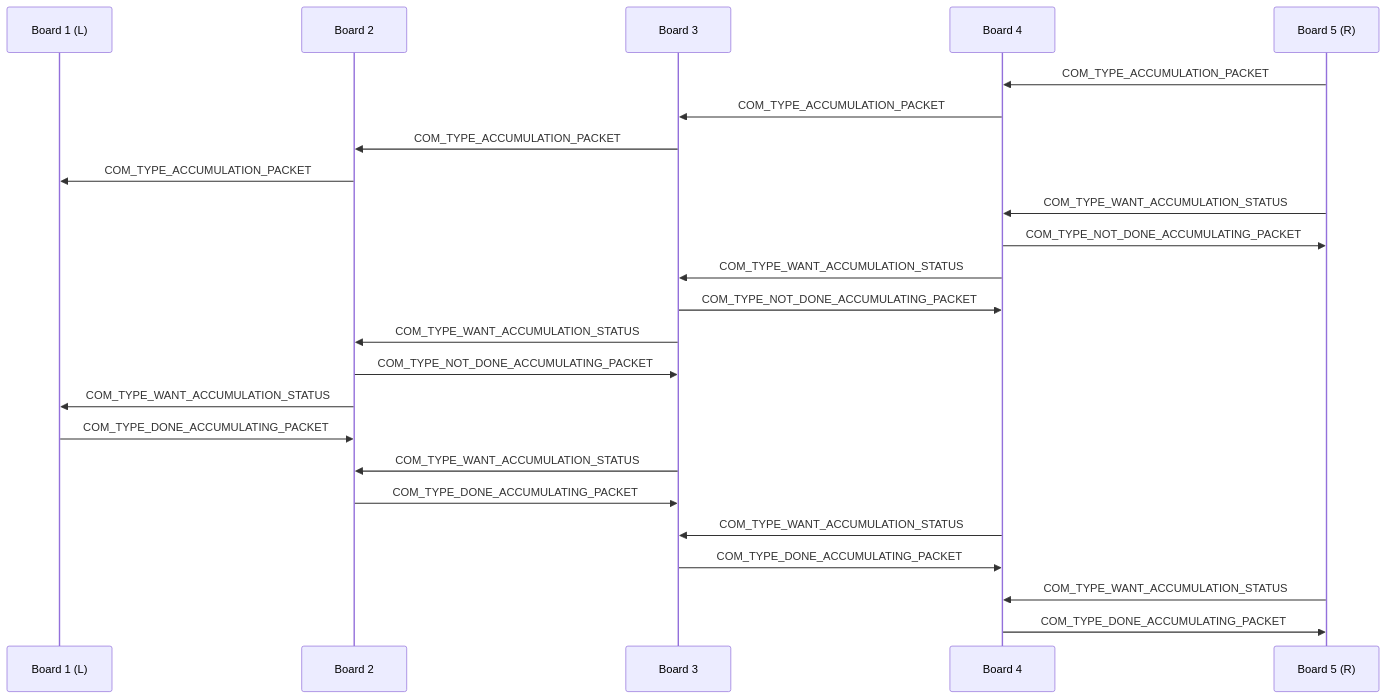
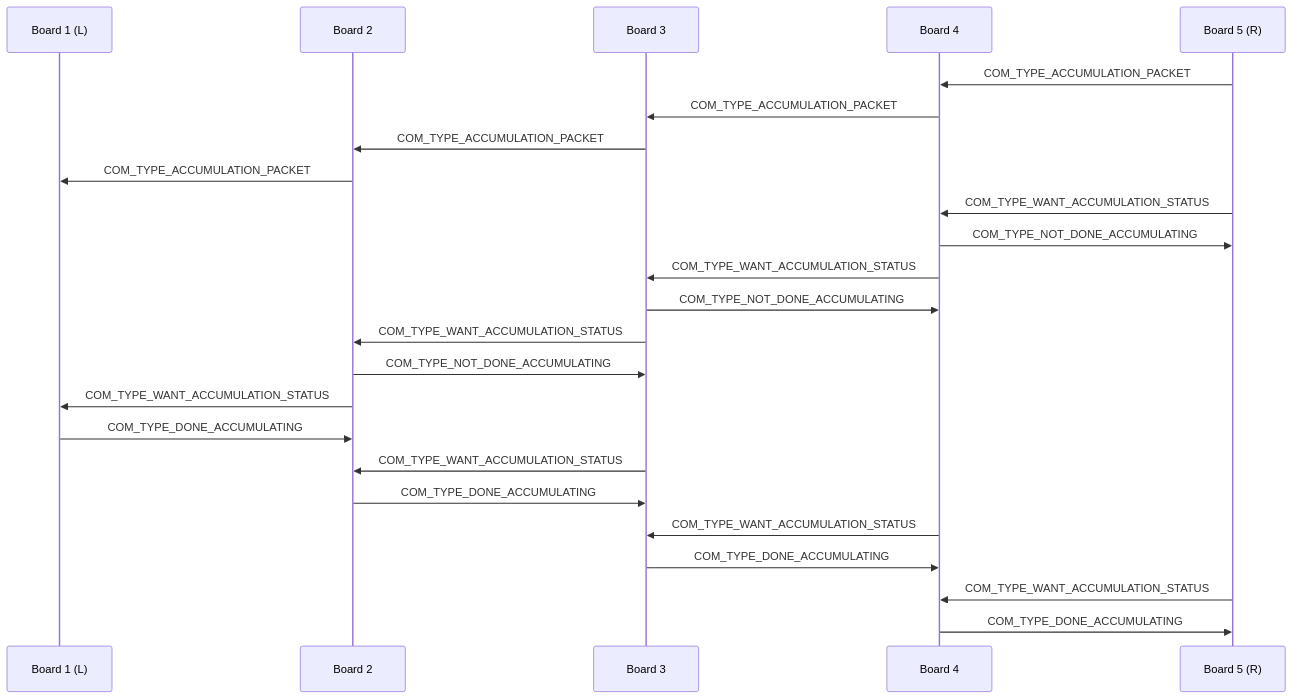
One commit to a-h/slab-firmware changed the diagram in README.md. Above: the diagram before and after it, drawn with Mermaid. The commit also changed other lines of this file and 3 other files, not shown here.

````diff
--- a/README.md
+++ b/README.md
@@ -99,34 +100,34 @@
 ```mermaid
 sequenceDiagram
     participant Board 1 (L)
     participant Board 2
     participant Board 3
     participant Board 4
     participant Board 5 (R)
 
     Board 5 (R) ->> Board 4: COM_TYPE_ACCUMULATION_PACKET
     Board 4 ->> Board 3: COM_TYPE_ACCUMULATION_PACKET
     Board 3 ->> Board 2: COM_TYPE_ACCUMULATION_PACKET
     Board 2 ->> Board 1 (L): COM_TYPE_ACCUMULATION_PACKET
 
     Board 5 (R) ->> Board 4: COM_TYPE_WANT_ACCUMULATION_STATUS
-    Board 4 ->> Board 5 (R): COM_TYPE_NOT_DONE_ACCUMULATING_PACKET
+    Board 4 ->> Board 5 (R): COM_TYPE_NOT_DONE_ACCUMULATING
 
     Board 4 ->> Board 3: COM_TYPE_WANT_ACCUMULATION_STATUS
-    Board 3 ->> Board 4: COM_TYPE_NOT_DONE_ACCUMULATING_PACKET
+    Board 3 ->> Board 4: COM_TYPE_NOT_DONE_ACCUMULATING
 
     Board 3 ->> Board 2: COM_TYPE_WANT_ACCUMULATION_STATUS
-    Board 2 ->> Board 3: COM_TYPE_NOT_DONE_ACCUMULATING_PACKET
+    Board 2 ->> Board 3: COM_TYPE_NOT_DONE_ACCUMULATING
 
     Board 2 ->> Board 1 (L): COM_TYPE_WANT_ACCUMULATION_STATUS
-    Board 1 (L) ->> Board 2: COM_TYPE_DONE_ACCUMULATING_PACKET
+    Board 1 (L) ->> Board 2: COM_TYPE_DONE_ACCUMULATING
 
     Board 3 ->> Board 2: COM_TYPE_WANT_ACCUMULATION_STATUS
-    Board 2 ->> Board 3: COM_TYPE_DONE_ACCUMULATING_PACKET
+    Board 2 ->> Board 3: COM_TYPE_DONE_ACCUMULATING
 
     Board 4 ->> Board 3: COM_TYPE_WANT_ACCUMULATION_STATUS
-    Board 3 ->> Board 4: COM_TYPE_DONE_ACCUMULATING_PACKET
+    Board 3 ->> Board 4: COM_TYPE_DONE_ACCUMULATING
 
     Board 5 (R) ->> Board 4: COM_TYPE_WANT_ACCUMULATION_STATUS
-    Board 4 ->> Board 5 (R): COM_TYPE_DONE_ACCUMULATING_PACKET
+    Board 4 ->> Board 5 (R): COM_TYPE_DONE_ACCUMULATING
 ```
````
